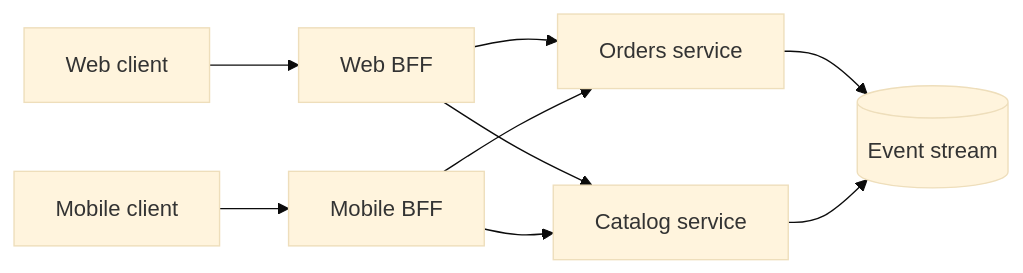
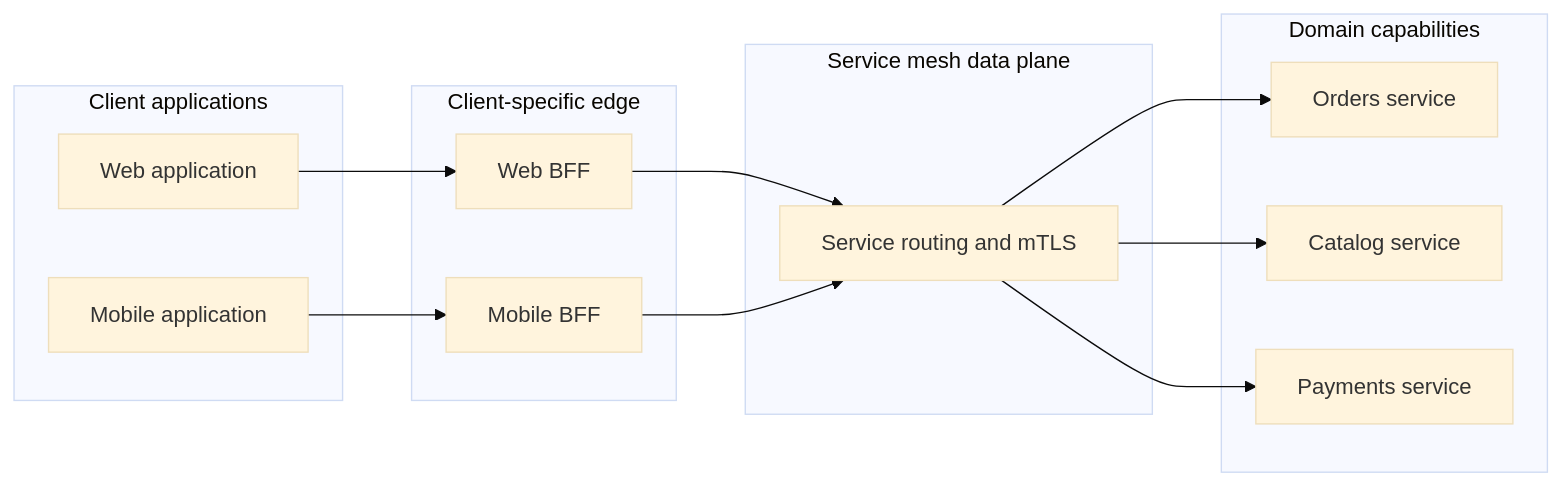
One commit to gerarldlee/algorithmsbook changed the diagram in content/docs/02-system-design/02-software-architecture-patterns/01-enterprise-architecture-patterns.md. Above: the diagram before and after it, drawn with Mermaid (base theme). The commit also changed other lines of this file and 60 other files, not shown here.

````diff
--- a/content/docs/02-system-design/02-software-architecture-patterns/01-enterprise-architecture-patterns.md
+++ b/content/docs/02-system-design/02-software-architecture-patterns/01-enterprise-architecture-patterns.md
@@ -17,11 +18,26 @@
 ```mermaid
 flowchart LR
-  Web[Web client] --> WebBFF[Web BFF]
-  Mobile[Mobile client] --> MobileBFF[Mobile BFF]
-  WebBFF --> Orders[Orders service]
-  MobileBFF --> Orders
-  WebBFF --> Catalog[Catalog service]
-  MobileBFF --> Catalog
-  Orders --> Outbox[(Event stream)]
-  Catalog --> Outbox
+  subgraph Clients[Client applications]
+    Web[Web application]
+    Mobile[Mobile application]
+  end
+  subgraph Edge[Client-specific edge]
+    WebBFF[Web BFF]
+    MobileBFF[Mobile BFF]
+  end
+  subgraph Mesh[Service mesh data plane]
+    Routing[Service routing and mTLS]
+  end
+  subgraph Domain[Domain capabilities]
+    Orders[Orders service]
+    Catalog[Catalog service]
+    Payments[Payments service]
+  end
+  Web --> WebBFF
+  Mobile --> MobileBFF
+  WebBFF --> Routing
+  MobileBFF --> Routing
+  Routing --> Orders
+  Routing --> Catalog
+  Routing --> Payments
 ```
````
